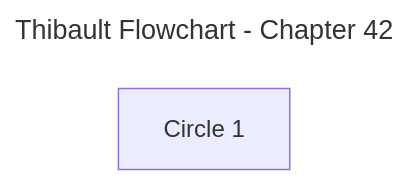
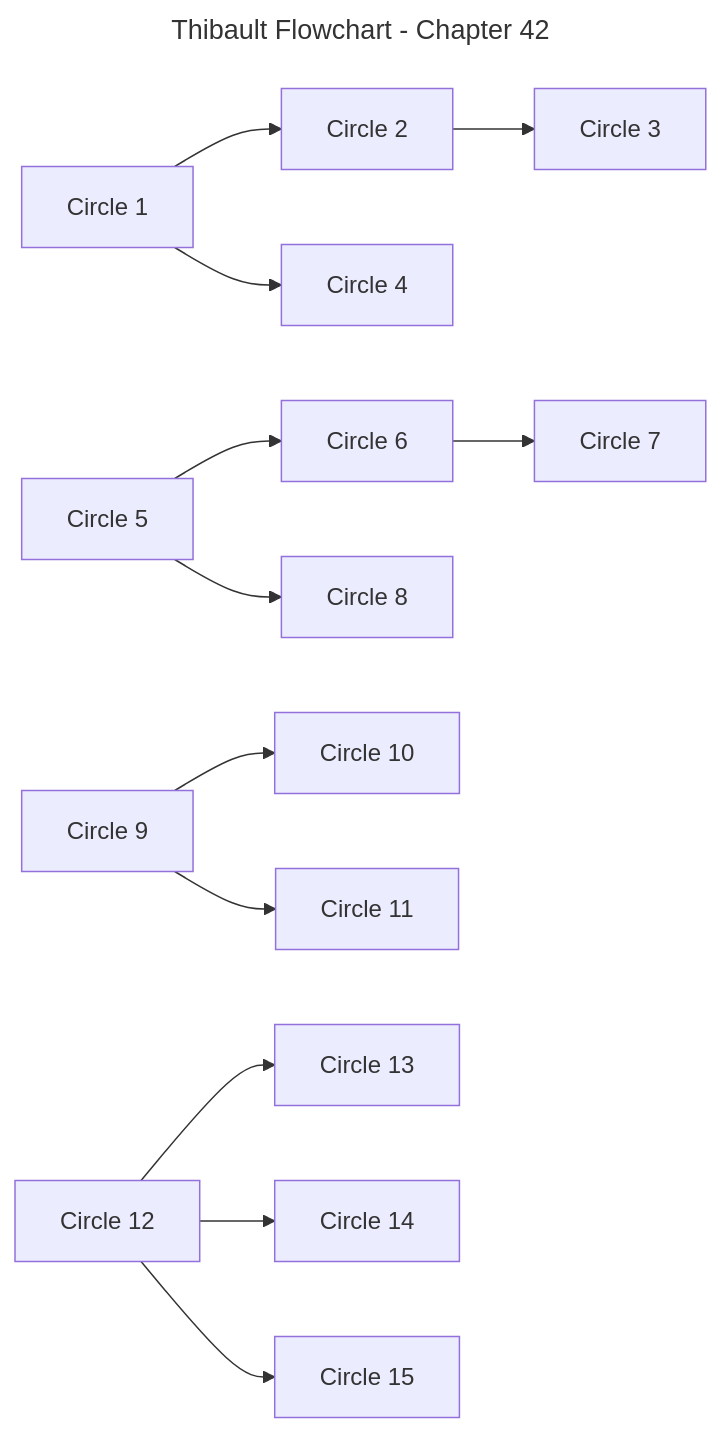
The diagram in flowchart-per-chapter/chapter-42.mmd (aquesnel/thibault-flowchart), drawn with Mermaid before and after one commit.

Commit message:
feat(ch42): initial flowchart of the circles

```diff
--- a/flowchart-per-chapter/chapter-42.mmd
+++ b/flowchart-per-chapter/chapter-42.mmd
@@ -1,10 +1,37 @@
 ---
 title: Thibault Flowchart - Chapter 42
 config:
   layout: dagre
   flowchart:
     htmlLabels: false
 ---
 flowchart LR
 	%% Nodes
 	B2_T11_C01["Circle 1"]
+	B2_T11_C02["Circle 2"]
+	B2_T11_C03["Circle 3"]
+	B2_T11_C04["Circle 4"]
+	B2_T11_C05["Circle 5"]
+	B2_T11_C06["Circle 6"]
+	B2_T11_C07["Circle 7"]
+	B2_T11_C08["Circle 8"]
+	B2_T11_C09["Circle 9"]
+	B2_T11_C10["Circle 10"]
+	B2_T11_C11["Circle 11"]
+	B2_T11_C12["Circle 12"]
+	B2_T11_C13["Circle 13"]
+	B2_T11_C14["Circle 14"]
+	B2_T11_C15["Circle 15"]
+
+	%% Edges
+	B2_T11_C01 --> B2_T11_C02
+	B2_T11_C02 --> B2_T11_C03
+	B2_T11_C01 --> B2_T11_C04
+	B2_T11_C05 --> B2_T11_C06
+	B2_T11_C06 --> B2_T11_C07
+	B2_T11_C05 --> B2_T11_C08
+	B2_T11_C09 --> B2_T11_C10
+	B2_T11_C09 --> B2_T11_C11
+	B2_T11_C12 --> B2_T11_C13
+	B2_T11_C12 --> B2_T11_C14
+	B2_T11_C12 --> B2_T11_C15
```
